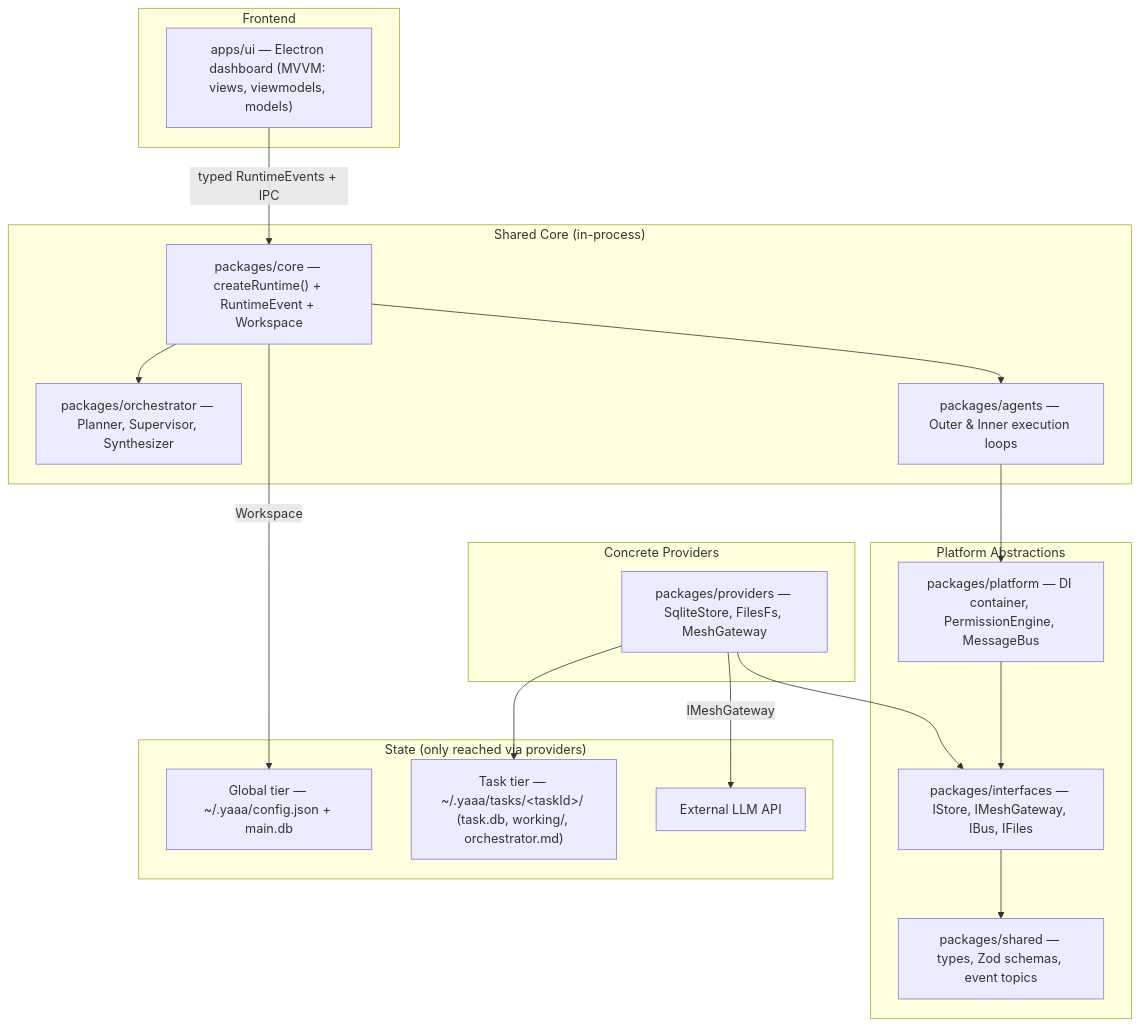
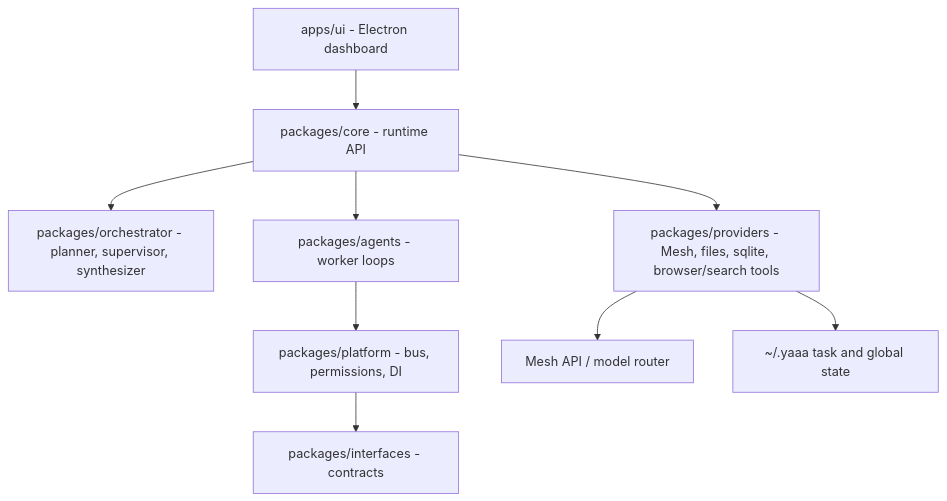
One commit to Yet-Another-AI-Agent/YAAA changed the second of 2 diagrams in README.md. Above: the diagram before and after it, drawn with Mermaid. The commit also changed other lines of this file and 95 other files, not shown here.

````diff
--- a/README.md
+++ b/README.md
@@ -13,39 +73,11 @@
 ```mermaid
 graph TD
-    subgraph Frontend
-        UI["apps/ui — Electron dashboard (MVVM: views, viewmodels, models)"]
-    end
-
-    subgraph SharedCore["Shared Core (in-process)"]
-        Core["packages/core — createRuntime() + RuntimeEvent + Workspace"]
-        Orchestrator["packages/orchestrator — Planner, Supervisor, Synthesizer"]
-        Agents["packages/agents — Outer & Inner execution loops"]
-    end
-
-    subgraph Platform["Platform Abstractions"]
-        Platform2["packages/platform — DI container, PermissionEngine, MessageBus"]
-        Interfaces["packages/interfaces — IStore, IMeshGateway, IBus, IFiles"]
-        Shared["packages/shared — types, Zod schemas, event topics"]
-    end
-
-    subgraph Providers["Concrete Providers"]
-        Providers2["packages/providers — SqliteStore, FilesFs, MeshGateway"]
-    end
-
-    subgraph State["State (only reached via providers)"]
-        Global["Global tier — ~/.yaaa/config.json + main.db"]
-        Task["Task tier — ~/.yaaa/tasks/&lt;taskId&gt;/ (task.db, working/, orchestrator.md)"]
-        LLM["External LLM API"]
-    end
-
-    UI -->|typed RuntimeEvents + IPC| Core
-    Core --> Orchestrator
-    Core --> Agents
-    Core -->|Workspace| Global
-    Agents --> Platform2
-    Platform2 --> Interfaces
-    Providers2 --> Interfaces
-    Interfaces --> Shared
-    Providers2 --> Task
-    Providers2 -->|IMeshGateway| LLM
+    UI["apps/ui - Electron dashboard"] --> Core["packages/core - runtime API"]
+    Core --> Orchestrator["packages/orchestrator - planner, supervisor, synthesizer"]
+    Core --> Agents["packages/agents - worker loops"]
+    Agents --> Platform["packages/platform - bus, permissions, DI"]
+    Platform --> Interfaces["packages/interfaces - contracts"]
+    Core --> Providers["packages/providers - Mesh, files, sqlite, browser/search tools"]
+    Providers --> Mesh["Mesh API / model router"]
+    Providers --> State["~/.yaaa task and global state"]
 ```
````
